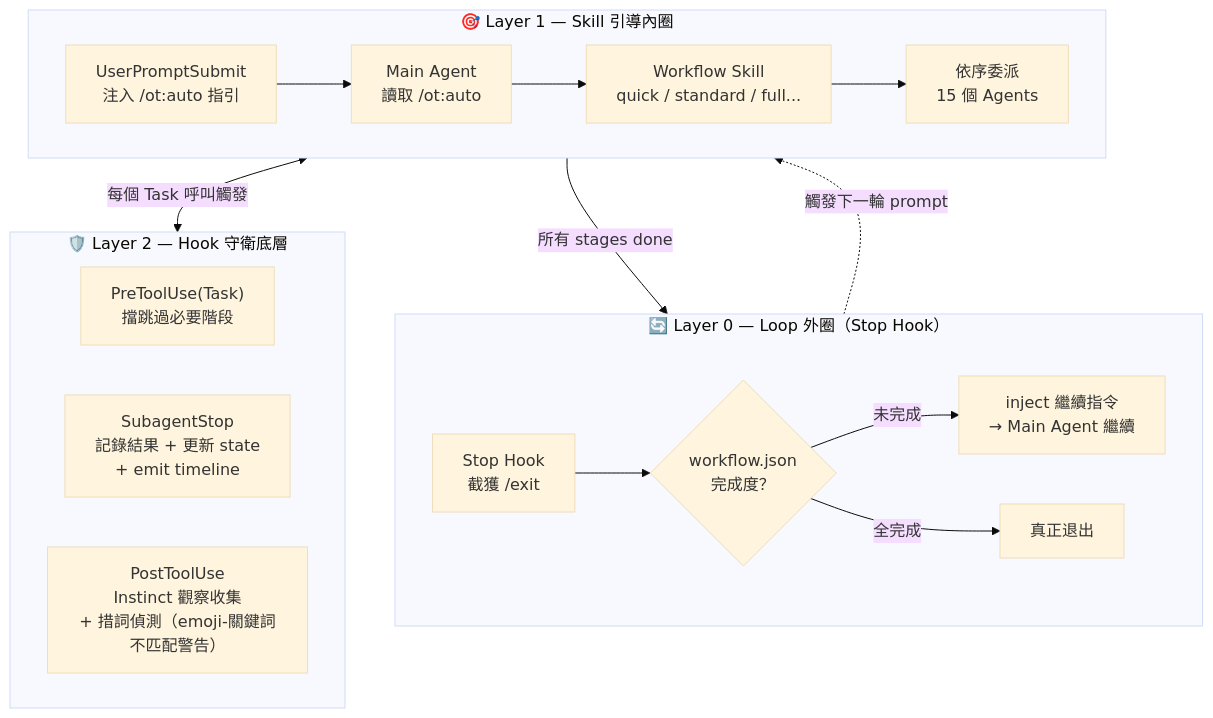
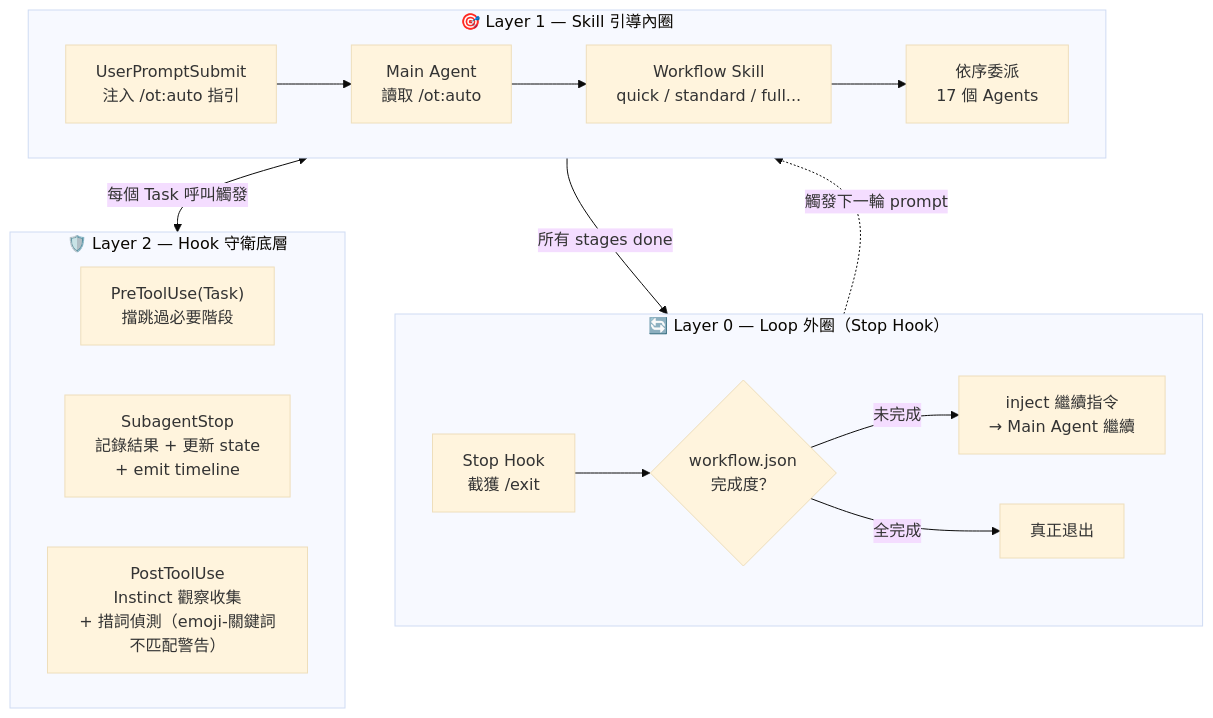
The first of 3 diagrams in docs/spec/workflow-diagram.md (ryu111/overtone), drawn with Mermaid (base theme) before and after one commit. The commit also changed other lines of this file and 20 other files, not shown here.

````diff
--- a/docs/spec/workflow-diagram.md
+++ b/docs/spec/workflow-diagram.md
@@ -8,33 +8,33 @@
 ```mermaid
 flowchart TB
     subgraph L0["🔄 Layer 0 — Loop 外圈（Stop Hook）"]
         direction LR
         SH["Stop Hook\n截獲 /exit"]
         WC{"workflow.json\n完成度？"}
         CONT["inject 繼續指令\n→ Main Agent 繼續"]
         EXIT["真正退出"]
         SH --> WC
         WC -- "未完成" --> CONT
         WC -- "全完成" --> EXIT
     end
 
     subgraph L1["🎯 Layer 1 — Skill 引導內圈"]
         direction LR
         US["UserPromptSubmit\n注入 /ot:auto 指引"]
         MA["Main Agent\n讀取 /ot:auto"]
         WF["Workflow Skill\nquick / standard / full..."]
-        AG["依序委派\n15 個 Agents"]
+        AG["依序委派\n17 個 Agents"]
         US --> MA --> WF --> AG
     end
 
     subgraph L2["🛡️ Layer 2 — Hook 守衛底層"]
         direction LR
         PT["PreToolUse(Task)\n擋跳過必要階段"]
         SS["SubagentStop\n記錄結果 + 更新 state\n+ emit timeline"]
         PO["PostToolUse\nInstinct 觀察收集\n+ 措詞偵測（emoji-關鍵詞不匹配警告）"]
     end
 
     CONT -.->|"觸發下一輪 prompt"| L1
     L1 <-->|"每個 Task 呼叫觸發"| L2
     L1 -->|"所有 stages done"| L0
 ```
````
